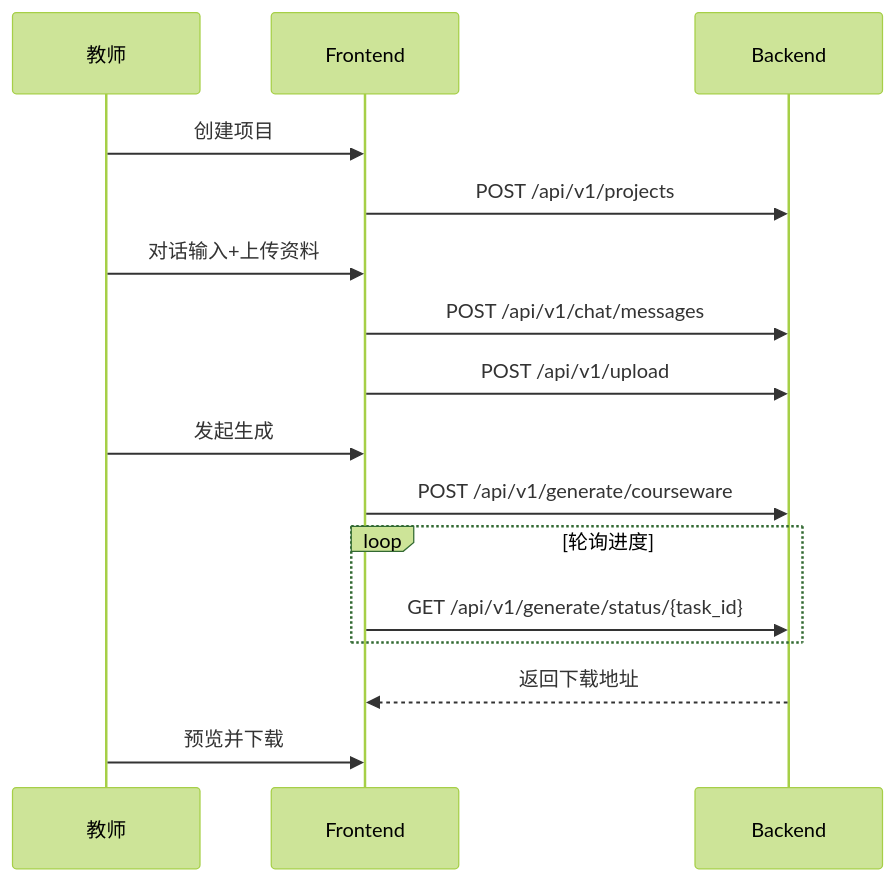
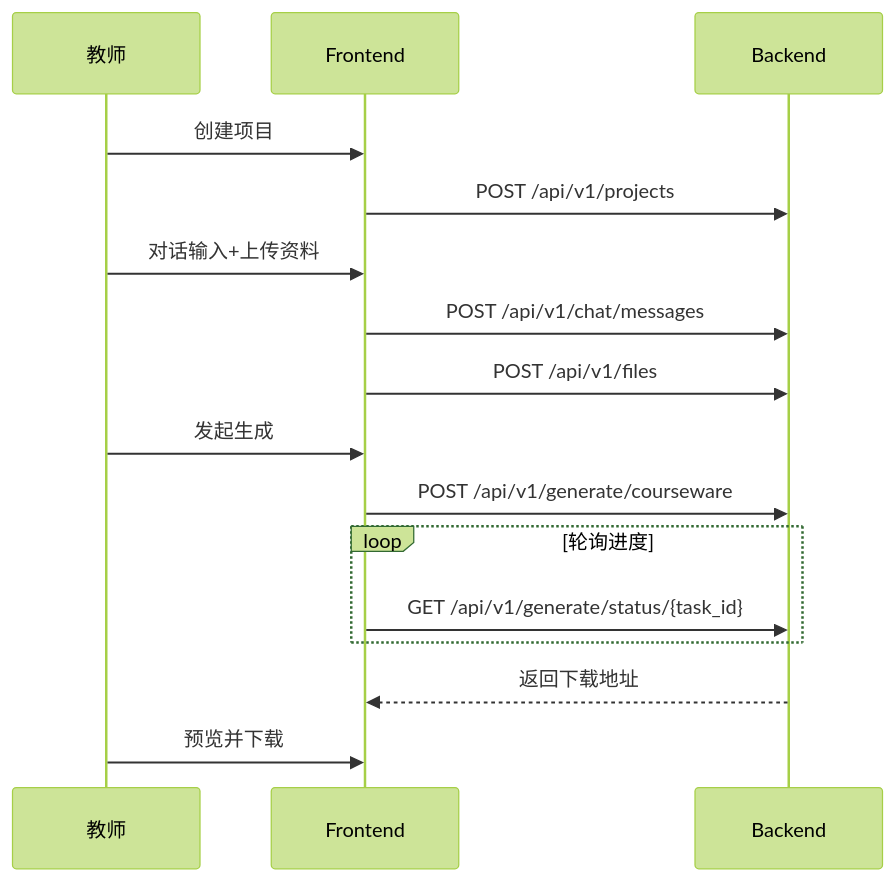
The diagram in docs/requirements/functional/api-planning.md (ln-one/Spectra), drawn with Mermaid (forest theme) before and after one commit. The commit also changed other lines of this file and 90 other files, not shown here.

First line of the commit message:
feat(architecture): 完成架构一致性同步和脚手架代码

````diff
--- a/docs/requirements/functional/api-planning.md
+++ b/docs/requirements/functional/api-planning.md
@@ -55,19 +55,19 @@
 ```mermaid
 sequenceDiagram
     participant U as 教师
     participant FE as Frontend
     participant BE as Backend
 
     U->>FE: 创建项目
     FE->>BE: POST /api/v1/projects
     U->>FE: 对话输入+上传资料
     FE->>BE: POST /api/v1/chat/messages
-    FE->>BE: POST /api/v1/upload
+    FE->>BE: POST /api/v1/files
     U->>FE: 发起生成
     FE->>BE: POST /api/v1/generate/courseware
     loop 轮询进度
         FE->>BE: GET /api/v1/generate/status/{task_id}
     end
     BE-->>FE: 返回下载地址
     U->>FE: 预览并下载
 ```
````
